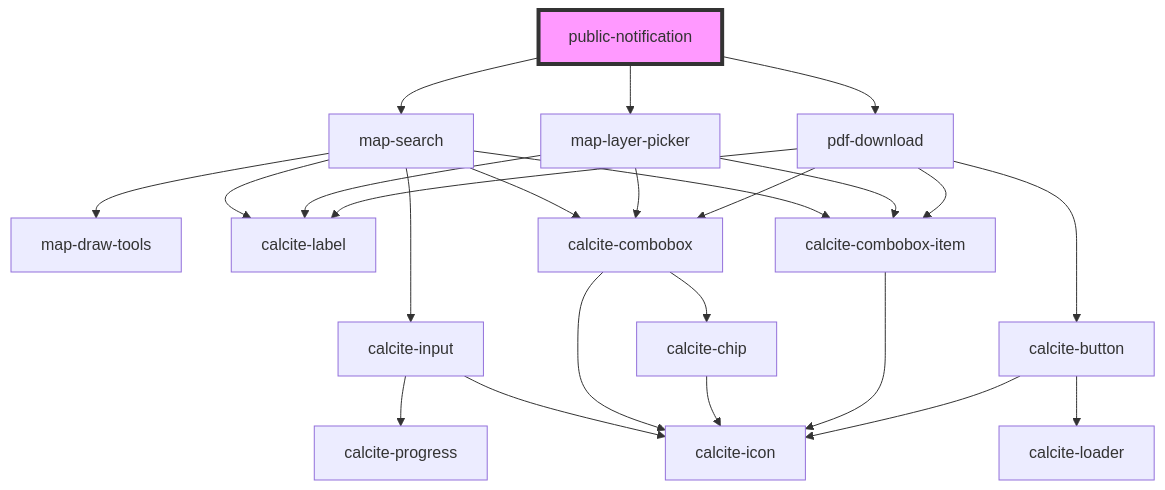
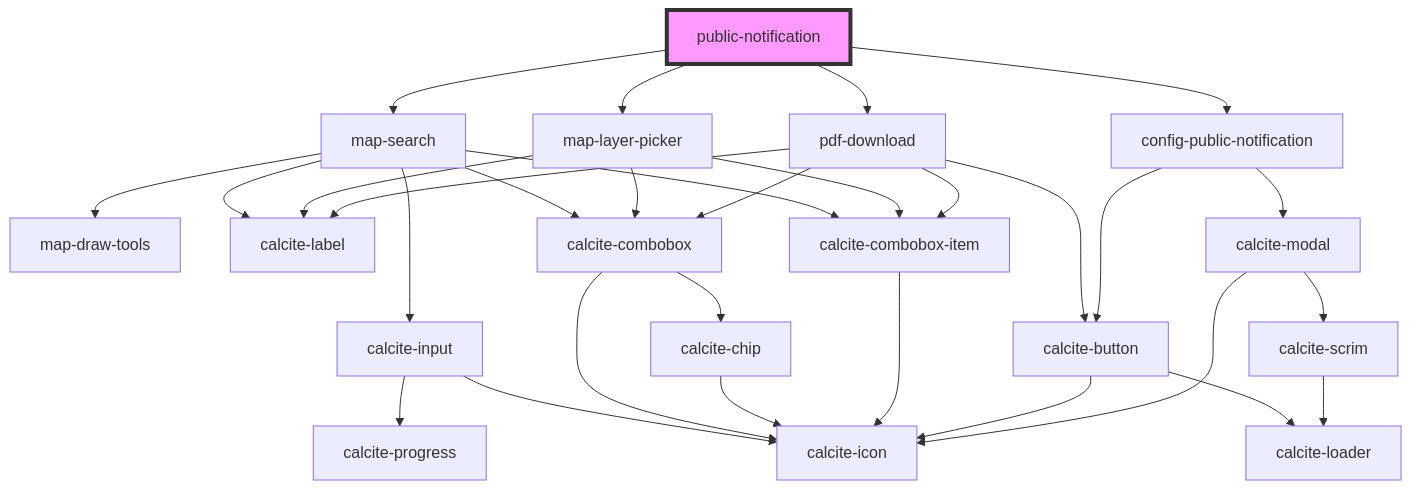
One commit to Esri/solutions-components changed the diagram in src/components/public-notification/readme.md. Above: the diagram before and after it, drawn with Mermaid. The commit also changed other lines of this file and 8 other files, not shown here.

````diff
--- a/src/components/public-notification/readme.md
+++ b/src/components/public-notification/readme.md
@@ -26,27 +27,33 @@
 ```mermaid
 graph TD;
   public-notification --> map-search
   public-notification --> map-layer-picker
   public-notification --> pdf-download
+  public-notification --> config-public-notification
   map-search --> map-draw-tools
   map-search --> calcite-label
   map-search --> calcite-input
   map-search --> calcite-combobox
   map-search --> calcite-combobox-item
   calcite-input --> calcite-progress
   calcite-input --> calcite-icon
   calcite-combobox --> calcite-chip
   calcite-combobox --> calcite-icon
   calcite-chip --> calcite-icon
   calcite-combobox-item --> calcite-icon
   map-layer-picker --> calcite-label
   map-layer-picker --> calcite-combobox
   map-layer-picker --> calcite-combobox-item
   pdf-download --> calcite-label
   pdf-download --> calcite-combobox
   pdf-download --> calcite-button
   pdf-download --> calcite-combobox-item
   calcite-button --> calcite-loader
   calcite-button --> calcite-icon
+  config-public-notification --> calcite-modal
+  config-public-notification --> calcite-button
+  calcite-modal --> calcite-scrim
+  calcite-modal --> calcite-icon
+  calcite-scrim --> calcite-loader
   style public-notification fill:#f9f,stroke:#333,stroke-width:4px
 ```
````
